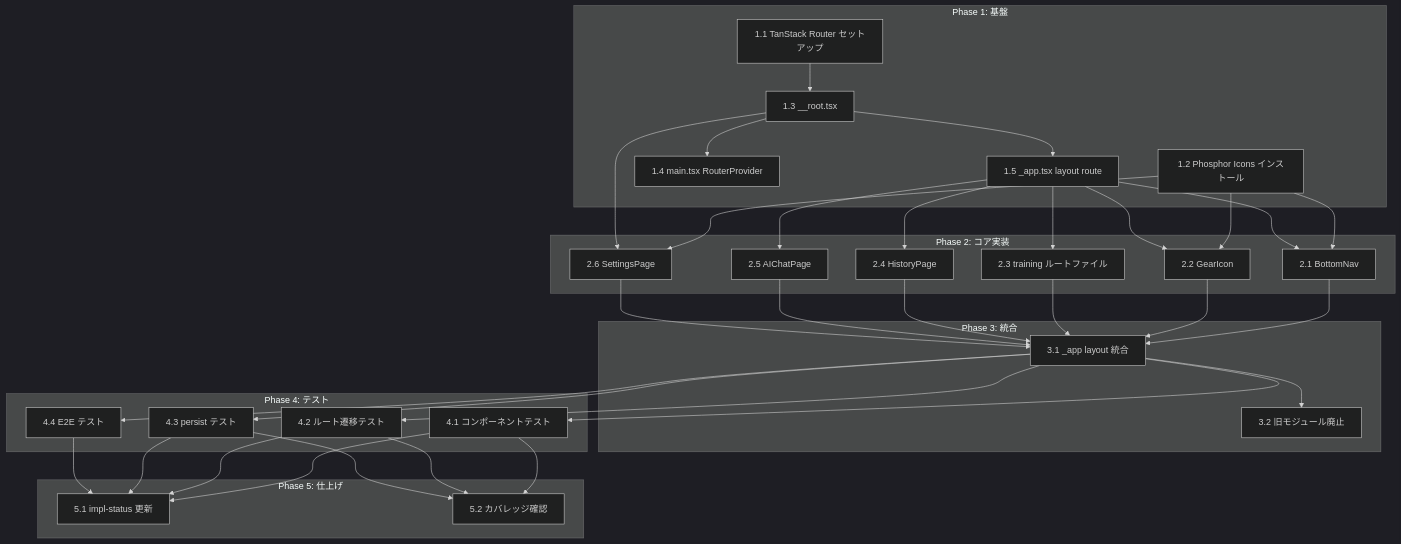
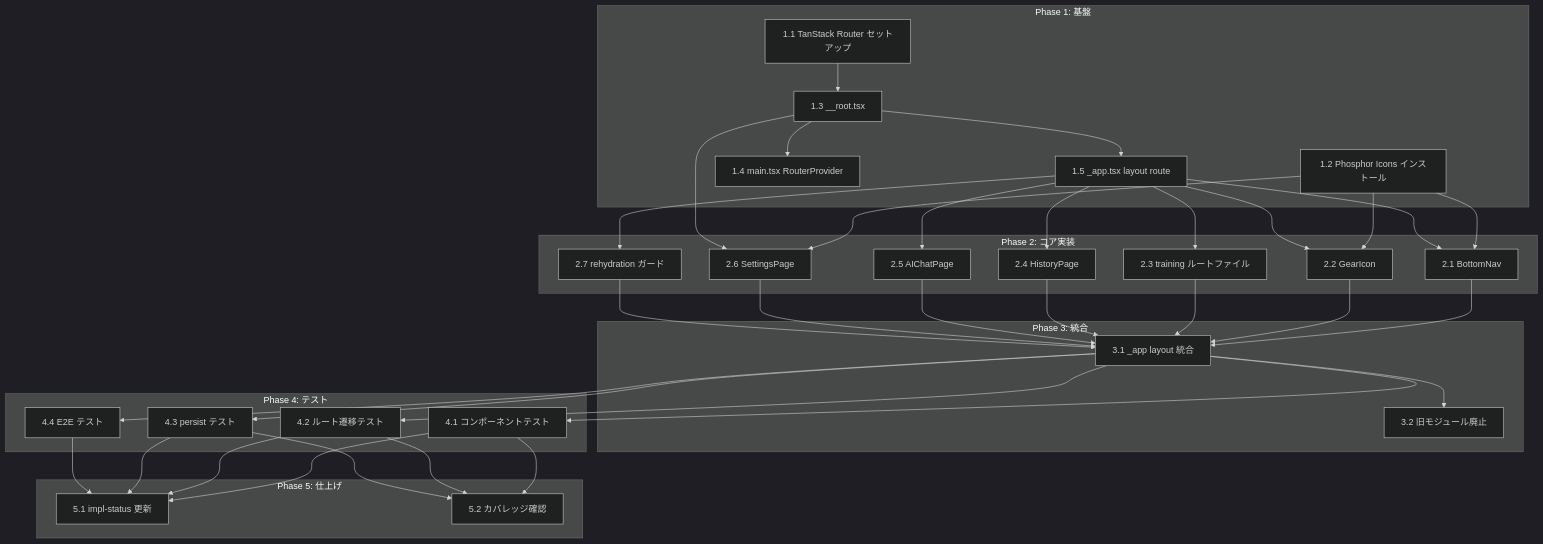
Before and after one commit to SakumaTakuya/gymini: the diagram in .sdd/task/navigation/tasks.md, drawn with Mermaid (dark theme). The commit also changed other lines of this file and 12 other files, not shown here.

````diff
--- a/.sdd/task/navigation/tasks.md
+++ b/.sdd/task/navigation/tasks.md
@@ -81,71 +81,74 @@
 ```mermaid
 graph TD
     subgraph "Phase 1: 基盤"
         T1_1["1.1 TanStack Router セットアップ"]
         T1_2["1.2 Phosphor Icons インストール"]
         T1_3["1.3 __root.tsx"]
         T1_4["1.4 main.tsx RouterProvider"]
         T1_5["1.5 _app.tsx layout route"]
     end
 
     subgraph "Phase 2: コア実装"
         T2_1["2.1 BottomNav"]
         T2_2["2.2 GearIcon"]
         T2_3["2.3 training ルートファイル"]
         T2_4["2.4 HistoryPage"]
         T2_5["2.5 AIChatPage"]
         T2_6["2.6 SettingsPage"]
+        T2_7["2.7 rehydration ガード"]
     end
 
     subgraph "Phase 3: 統合"
         T3_1["3.1 _app layout 統合"]
         T3_2["3.2 旧モジュール廃止"]
     end
 
     subgraph "Phase 4: テスト"
         T4_1["4.1 コンポーネントテスト"]
         T4_2["4.2 ルート遷移テスト"]
         T4_3["4.3 persist テスト"]
         T4_4["4.4 E2E テスト"]
     end
 
     subgraph "Phase 5: 仕上げ"
         T5_1["5.1 impl-status 更新"]
         T5_2["5.2 カバレッジ確認"]
     end
 
     T1_1 --> T1_3
     T1_3 --> T1_4
     T1_3 --> T1_5
 
     T1_2 --> T2_1
     T1_5 --> T2_1
     T1_2 --> T2_2
     T1_5 --> T2_2
     T1_5 --> T2_3
     T1_5 --> T2_4
     T1_5 --> T2_5
     T1_2 --> T2_6
     T1_3 --> T2_6
+    T1_5 --> T2_7
 
     T2_1 --> T3_1
     T2_2 --> T3_1
     T2_3 --> T3_1
     T2_4 --> T3_1
     T2_5 --> T3_1
     T2_6 --> T3_1
+    T2_7 --> T3_1
     T3_1 --> T3_2
 
     T3_1 --> T4_1
     T3_1 --> T4_2
     T3_1 --> T4_3
     T3_1 --> T4_4
 
     T4_1 --> T5_1
     T4_2 --> T5_1
     T4_3 --> T5_1
     T4_4 --> T5_1
     T4_1 --> T5_2
     T4_2 --> T5_2
     T4_3 --> T5_2
 ```
````
